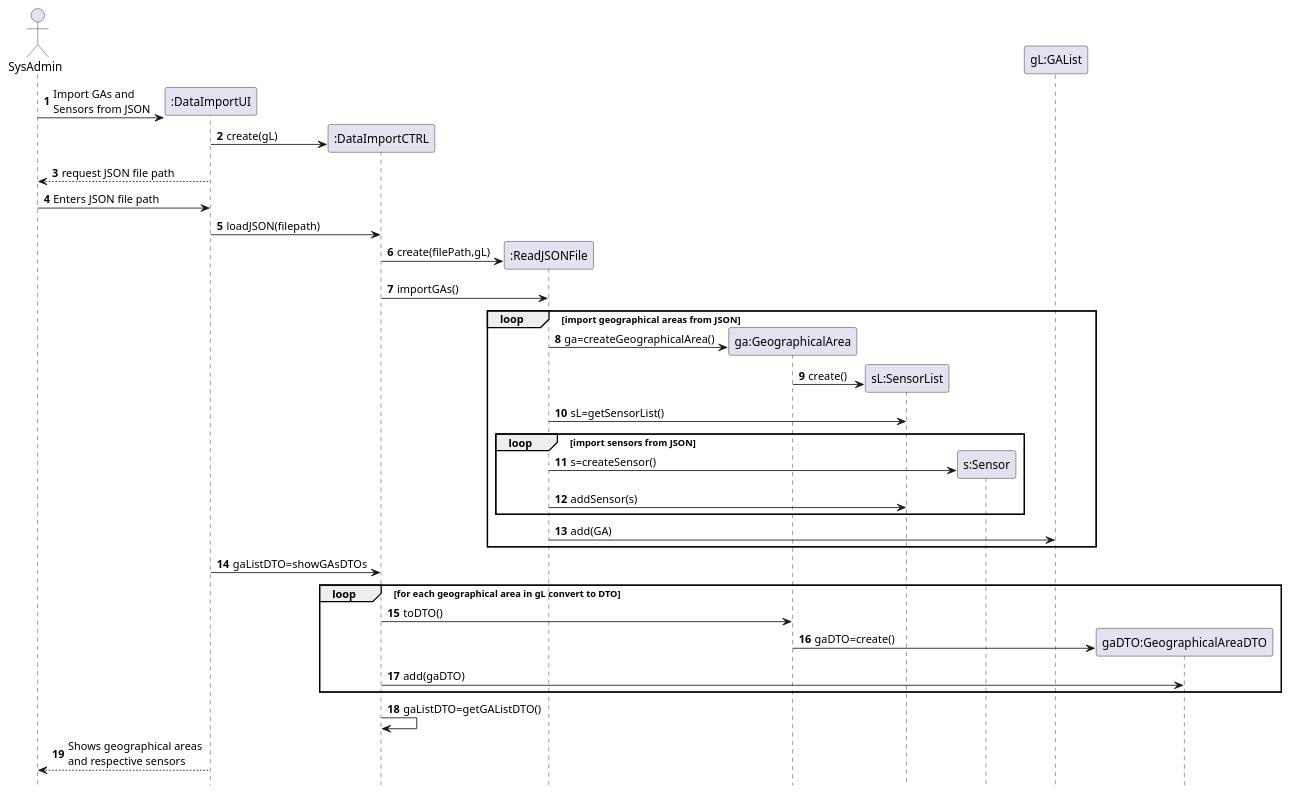
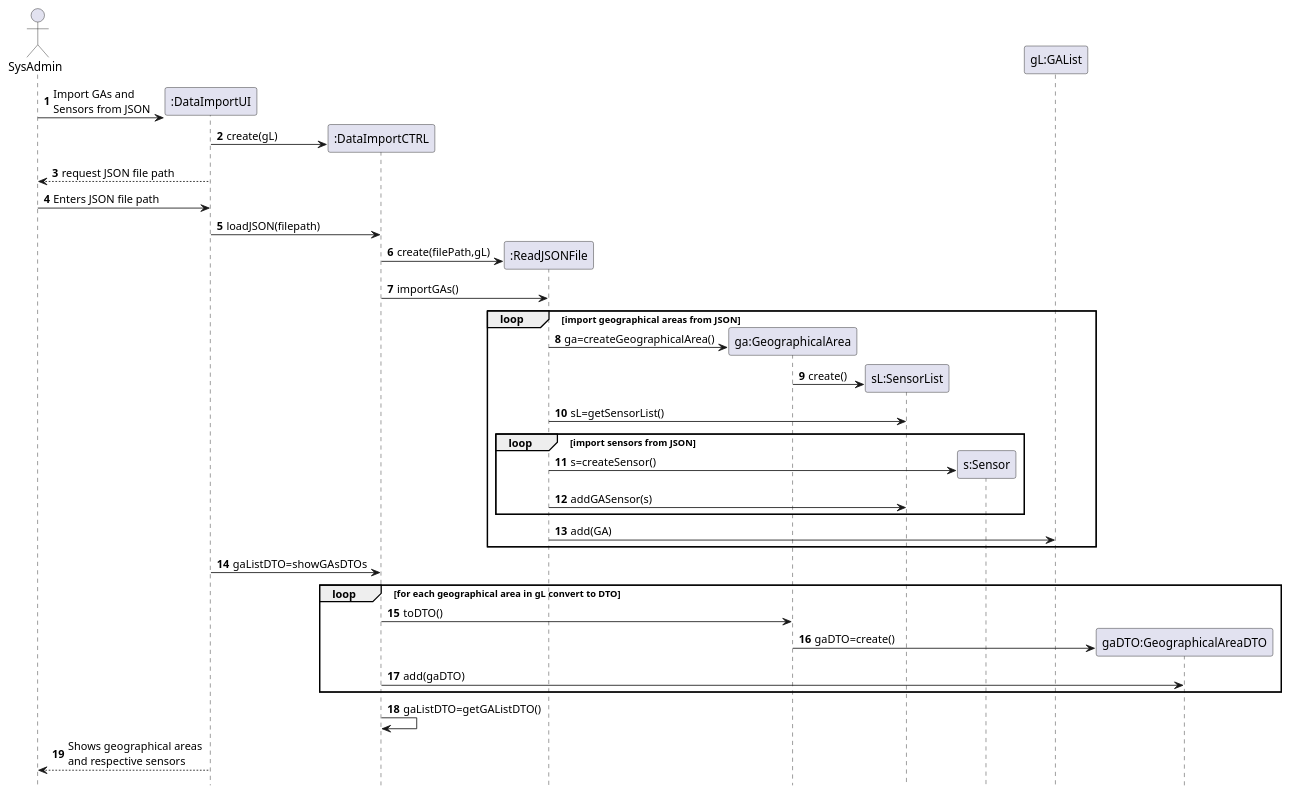
Before and after one commit to emanuel-pereira/hou: the diagram in src/main/java/smarthome/controller/sequenceDiagrams/sd_ImportGAsAndSensors.puml, drawn with PlantUML.

Commit message:
updated sequence diagram

```diff
--- a/src/main/java/smarthome/controller/sequenceDiagrams/sd_ImportGAsAndSensors.puml
+++ b/src/main/java/smarthome/controller/sequenceDiagrams/sd_ImportGAsAndSensors.puml
@@ -1,38 +1,38 @@
 @startuml
 autonumber
 hidefootbox
 actor SysAdmin
 create ":DataImportUI"
 SysAdmin -> ":DataImportUI": Import GAs and \nSensors from JSON
 create ":DataImportCTRL"
 ":DataImportUI" -> ":DataImportCTRL": create(gL)
 SysAdmin <-- ":DataImportUI": request JSON file path
 SysAdmin -> ":DataImportUI": Enters JSON file path
 ":DataImportUI" -> ":DataImportCTRL": loadJSON(filepath)
 create ":ReadJSONFile"
 ":DataImportCTRL"->":ReadJSONFile": create(filePath,gL)
 ":DataImportCTRL" -> ":ReadJSONFile": importGAs()
 loop import geographical areas from JSON
 create "ga:GeographicalArea"
 
 ":ReadJSONFile" -> "ga:GeographicalArea": ga=createGeographicalArea()
 create "sL:SensorList"
 "ga:GeographicalArea" -> "sL:SensorList": create()
 ":ReadJSONFile"->"sL:SensorList": sL=getSensorList()
 loop import sensors from JSON
 create "s:Sensor"
 ":ReadJSONFile"->"s:Sensor":s=createSensor()
-":ReadJSONFile"->"sL:SensorList": addSensor(s)
+":ReadJSONFile"->"sL:SensorList": addGASensor(s)
 end
 ":ReadJSONFile"->"gL:GAList": add(GA)
 end
 ":DataImportCTRL"<-":DataImportUI":gaListDTO=showGAsDTOs
 loop for each geographical area in gL convert to DTO
 ":DataImportCTRL"->"ga:GeographicalArea": toDTO()
 create "gaDTO:GeographicalAreaDTO"
 "ga:GeographicalArea"->"gaDTO:GeographicalAreaDTO": gaDTO=create()
 ":DataImportCTRL"->"gaDTO:GeographicalAreaDTO": add(gaDTO)
 end
 ":DataImportCTRL"->":DataImportCTRL": gaListDTO=getGAListDTO()
 SysAdmin<--":DataImportUI": Shows geographical areas \nand respective sensors
 @enduml
```
